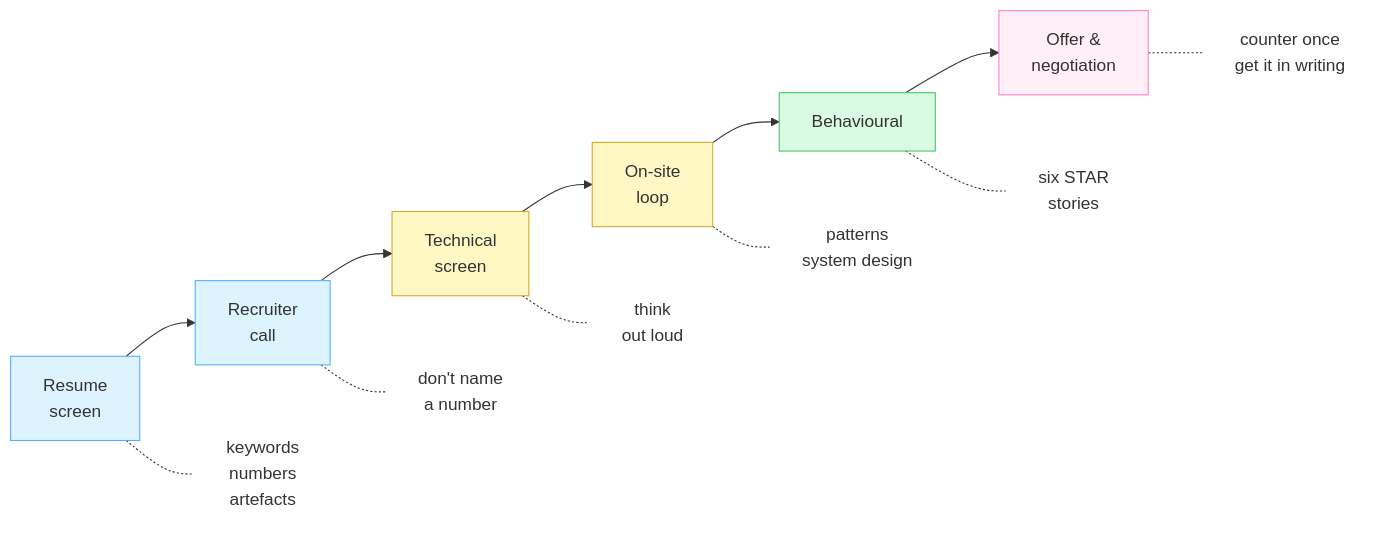
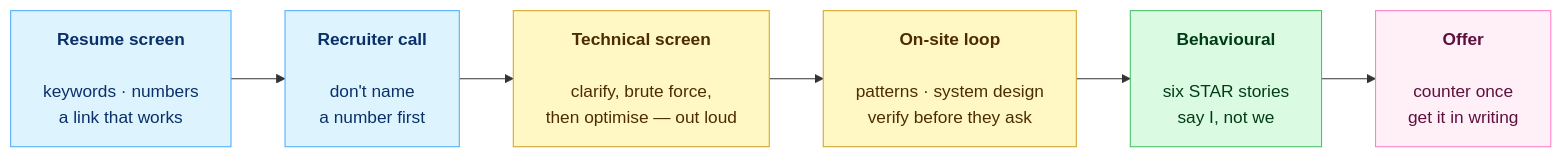
One commit to Saif64/Interview-prep changed the diagram in README.md. Above: the diagram before and after it, drawn with Mermaid.

Commit message:
fix: make the pipeline diagram readable
The dotted annotation nodes created extra layout ranks, so mermaid rendered the pipeline as
a cramped diagonal staircase with unreadable text — and GitHub's zoom controls sat on top of
it. Folding each annotation into its stage node gives a single left-to-right row, which is
what the diagram was supposed to show.

````diff
--- a/README.md
+++ b/README.md
@@ -52,28 +52,18 @@
 ```mermaid
 graph LR
-    A[Resume<br/>screen] --> B[Recruiter<br/>call]
-    B --> C[Technical<br/>screen]
-    C --> D[On-site<br/>loop]
-    D --> E[Behavioural]
-    E --> F[Offer &<br/>negotiation]
+    A["<b>Resume screen</b><br/><br/>keywords · numbers<br/>a link that works"]
+    B["<b>Recruiter call</b><br/><br/>don't name<br/>a number first"]
+    C["<b>Technical screen</b><br/><br/>clarify, brute force,<br/>then optimise — out loud"]
+    D["<b>On-site loop</b><br/><br/>patterns · system design<br/>verify before they ask"]
+    E["<b>Behavioural</b><br/><br/>six STAR stories<br/>say I, not we"]
+    F["<b>Offer</b><br/><br/>counter once<br/>get it in writing"]
 
-    A -.- A1["keywords<br/>numbers<br/>artefacts"]
-    B -.- B1["don't name<br/>a number"]
-    C -.- C1["think<br/>out loud"]
-    D -.- D1["patterns<br/>system design"]
-    E -.- E1["six STAR<br/>stories"]
-    F -.- F1["counter once<br/>get it in writing"]
+    A --> B --> C --> D --> E --> F
 
-    style A fill:#ddf4ff,stroke:#54aeff
-    style B fill:#ddf4ff,stroke:#54aeff
-    style C fill:#fff8c5,stroke:#d4a72c
-    style D fill:#fff8c5,stroke:#d4a72c
-    style E fill:#dafbe1,stroke:#4ac26b
-    style F fill:#ffeff7,stroke:#ff80c8
-    style A1 fill:none,stroke:none
-    style B1 fill:none,stroke:none
-    style C1 fill:none,stroke:none
-    style D1 fill:none,stroke:none
-    style E1 fill:none,stroke:none
-    style F1 fill:none,stroke:none
+    style A fill:#ddf4ff,stroke:#54aeff,color:#0a3069
+    style B fill:#ddf4ff,stroke:#54aeff,color:#0a3069
+    style C fill:#fff8c5,stroke:#d4a72c,color:#4d2d00
+    style D fill:#fff8c5,stroke:#d4a72c,color:#4d2d00
+    style E fill:#dafbe1,stroke:#4ac26b,color:#003d16
+    style F fill:#ffeff7,stroke:#ff80c8,color:#5e103e
 ```
````
